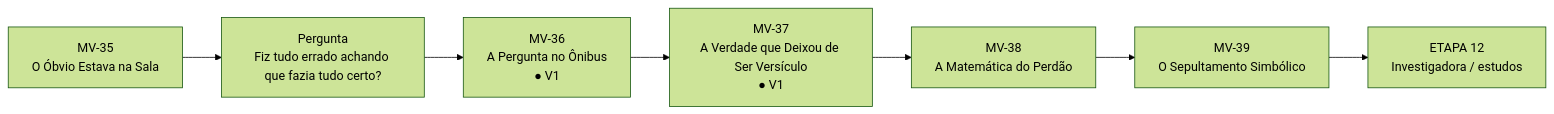
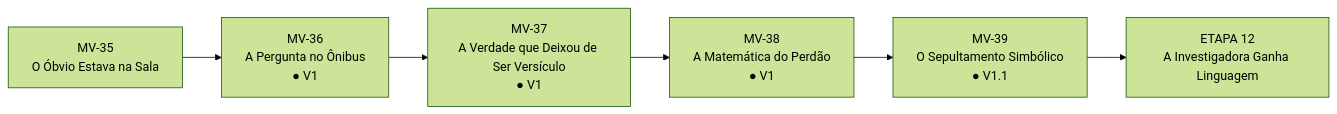
The first of 6 diagrams in 01_MORTE_EM_VIDA/MAPA_VISUAL_PARTE_IV_ATUAL.md (Sollimastudio/trilogia-sol-lima), drawn with Mermaid (forest theme) before and after one commit. The commit also changed other lines of this file, not shown here.

Commit message:
Fecha clímax da Etapa 11 no mapa visual

````diff
--- a/01_MORTE_EM_VIDA/MAPA_VISUAL_PARTE_IV_ATUAL.md
+++ b/01_MORTE_EM_VIDA/MAPA_VISUAL_PARTE_IV_ATUAL.md
@@ -7,9 +7,8 @@
 ```mermaid
 flowchart LR
-A[MV-35\nO Óbvio Estava na Sala] --> B[Pergunta\nFiz tudo errado achando que fazia tudo certo?]
-B --> C[MV-36\nA Pergunta no Ônibus\n● V1]
-C --> D[MV-37\nA Verdade que Deixou de Ser Versículo\n● V1]
-D --> E[MV-38\nA Matemática do Perdão]
-E --> F[MV-39\nO Sepultamento Simbólico]
-F --> G[ETAPA 12\nInvestigadora / estudos]
+A[MV-35\nO Óbvio Estava na Sala] --> B[MV-36\nA Pergunta no Ônibus\n● V1]
+B --> C[MV-37\nA Verdade que Deixou de Ser Versículo\n● V1]
+C --> D[MV-38\nA Matemática do Perdão\n● V1]
+D --> E[MV-39\nO Sepultamento Simbólico\n● V1.1]
+E --> F[ETAPA 12\nA Investigadora Ganha Linguagem]
 ```
````
